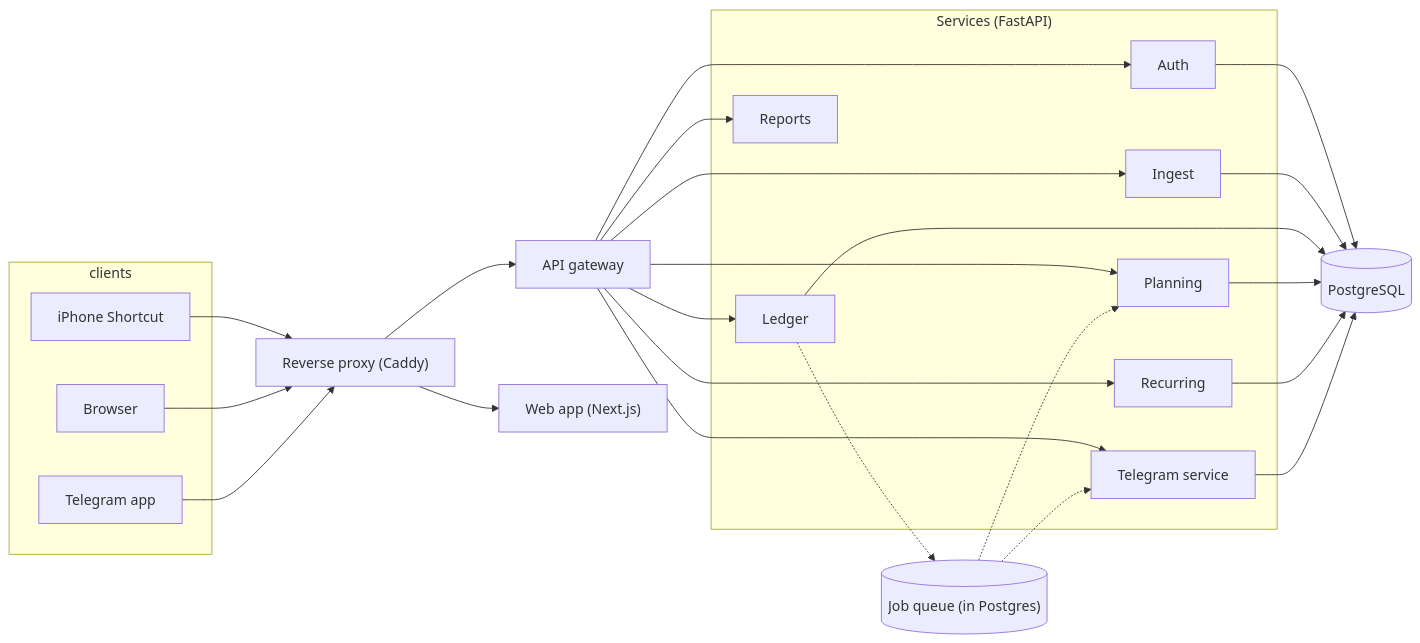
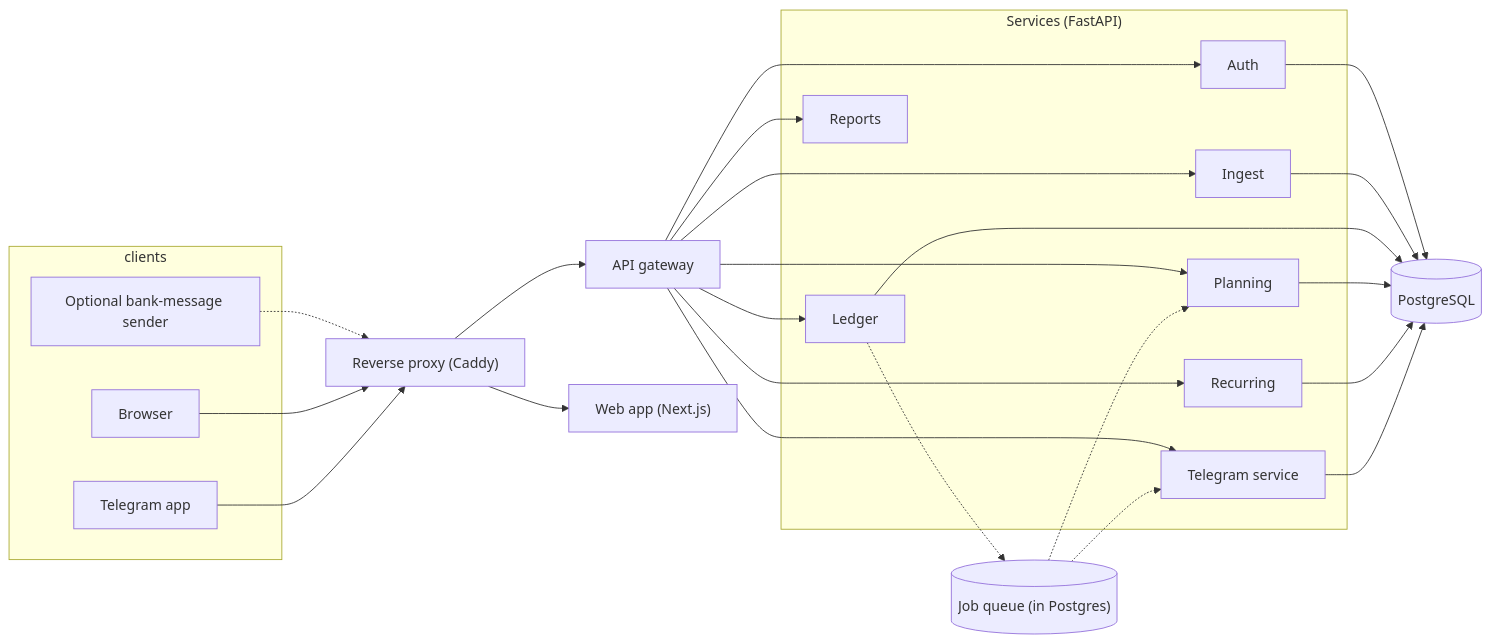
Before and after one commit to aayushsugandhi2703/LBStash: the first of 3 diagrams in docs/SYSTEM_DESIGN.md, drawn with Mermaid. The commit also changed other lines of this file and 171 other files, not shown here.

````diff
--- a/docs/SYSTEM_DESIGN.md
+++ b/docs/SYSTEM_DESIGN.md
@@ -73,32 +73,32 @@
 ```mermaid
 flowchart LR
   subgraph clients
-    Phone["iPhone Shortcut"]
+    Sender["Optional bank-message sender"]
     Browser
     TG["Telegram app"]
   end
   Proxy["Reverse proxy (Caddy)"]
   GW["API gateway"]
   Web["Web app (Next.js)"]
   subgraph services["Services (FastAPI)"]
     Auth
     Ingest
     Ledger
     Planning
     Recurring
     Reports
     Tele["Telegram service"]
   end
   DB[("PostgreSQL")]
   Q[("Job queue (in Postgres)")]
-  Phone --> Proxy
+  Sender -.-> Proxy
   Browser --> Proxy
   TG --> Proxy
   Proxy --> Web
   Proxy --> GW
   GW --> Auth & Ingest & Ledger & Planning & Recurring & Reports & Tele
   Auth & Ingest & Ledger & Planning & Recurring & Tele --> DB
   Ledger -.-> Q
   Q -.-> Planning
   Q -.-> Tele
 ```
````
